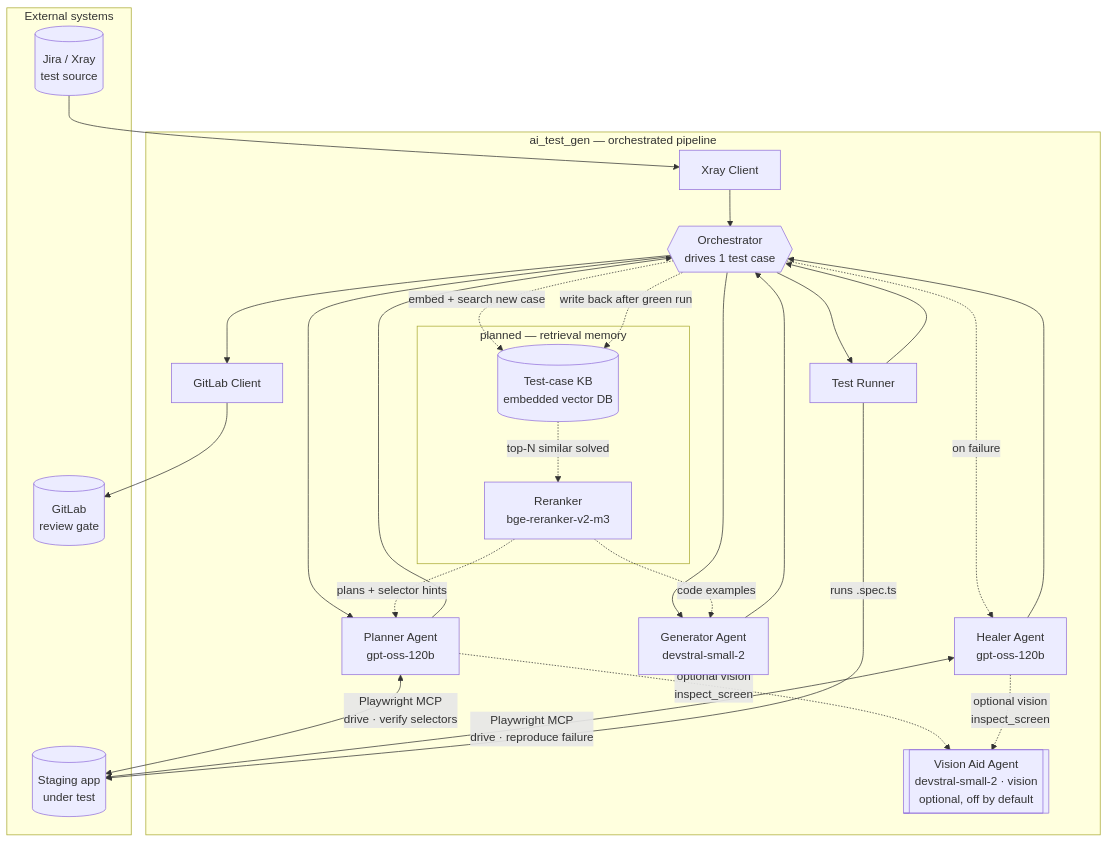
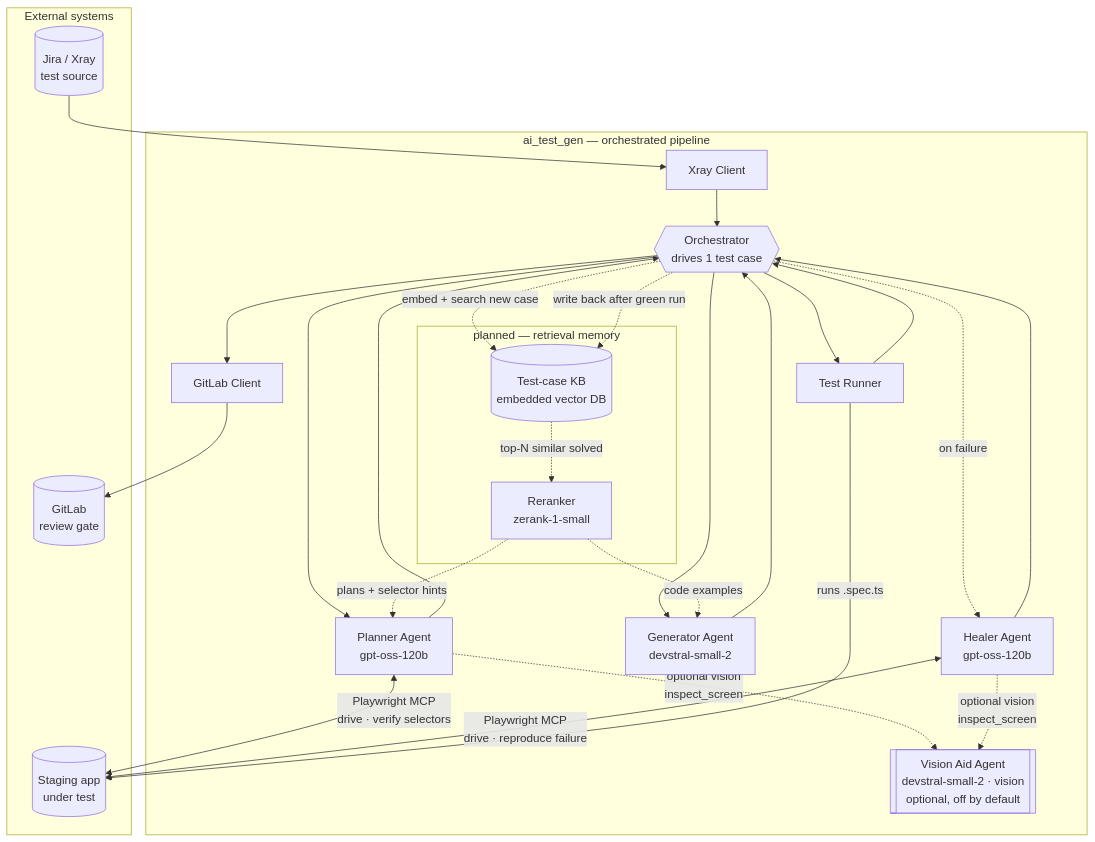
One commit to jpucic00/agentic-test-automation changed the first of 3 diagrams in docs/ARCHITECTURE.md. Above: the diagram before and after it, drawn with Mermaid. The commit also changed other lines of this file and 36 other files, not shown here.

````diff
--- a/docs/ARCHITECTURE.md
+++ b/docs/ARCHITECTURE.md
@@ -20,45 +20,45 @@
 ```mermaid
 flowchart TB
     subgraph ext[" External systems "]
         XRAY[("Jira / Xray<br/>test source")]
         STG[("Staging app<br/>under test")]
         GLAB[("GitLab<br/>review gate")]
     end
 
     subgraph app[" ai_test_gen — orchestrated pipeline "]
         ORCH{{Orchestrator<br/>drives 1 test case}}
         XC[Xray Client]
         PL[Planner Agent<br/>gpt-oss-120b]
         GE[Generator Agent<br/>devstral-small-2]
         RUN[Test Runner]
         HE[Healer Agent<br/>gpt-oss-120b]
         GL[GitLab Client]
         VA[[Vision Aid Agent<br/>devstral-small-2 · vision<br/>optional, off by default]]
 
         subgraph ragm[" planned — retrieval memory "]
             KB[("Test-case KB<br/>embedded vector DB")]
-            RR[Reranker<br/>bge-reranker-v2-m3]
+            RR[Reranker<br/>zerank-1-small]
         end
     end
 
     XRAY --> XC --> ORCH
     ORCH --> PL --> ORCH
     ORCH --> GE --> ORCH
     ORCH --> RUN --> ORCH
     ORCH -. on failure .-> HE
     HE --> ORCH
     ORCH --> GL --> GLAB
 
     PL <-->|Playwright MCP<br/>drive · verify selectors| STG
     HE <-->|Playwright MCP<br/>drive · reproduce failure| STG
     RUN -->|runs .spec.ts| STG
 
     PL -. optional vision<br/>inspect_screen .-> VA
     HE -. optional vision<br/>inspect_screen .-> VA
 
     ORCH -. embed + search new case .-> KB
     KB -. top-N similar solved .-> RR
     RR -. plans + selector hints .-> PL
     RR -. code examples .-> GE
     ORCH -. write back after green run .-> KB
 ```
````
